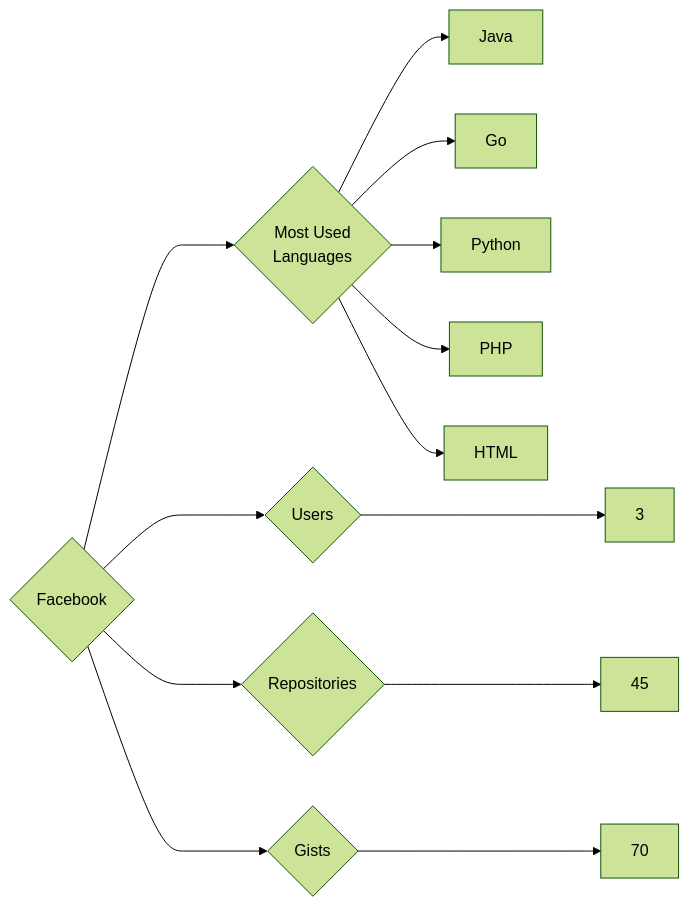
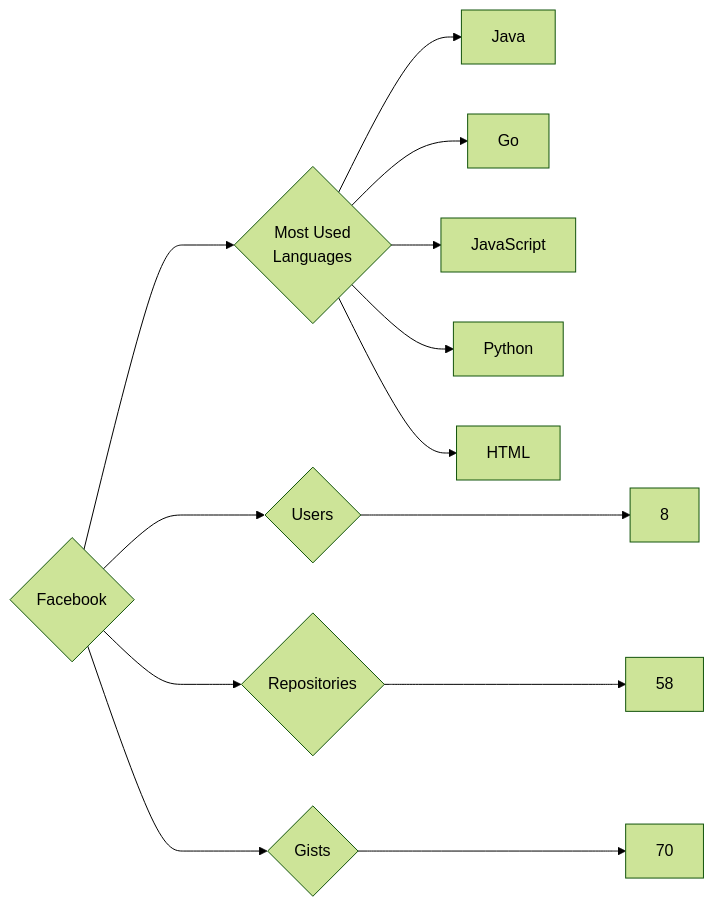
The diagram in targets/Facebook/README.md (trickest/insiders), drawn with Mermaid (forest theme) before and after one commit. The commit also changed 1007 other files, not shown here.

````diff
--- a/targets/Facebook/README.md
+++ b/targets/Facebook/README.md
@@ -3,13 +3,13 @@
 ```mermaid
 graph LR
 COMPANY_NAME{Facebook}
-COMPANY_NAME ---> U{Users} ---> UN[3]
-COMPANY_NAME ---> R{Repositories} ---> RN[45]
+COMPANY_NAME ---> U{Users} ---> UN[8]
+COMPANY_NAME ---> R{Repositories} ---> RN[58]
 COMPANY_NAME ---> G{Gists} ---> GN[70]
 COMPANY_NAME ---> ML{Most Used<br>Languages}
 ML --> Java[Java]
 ML --> Go[Go]
+ML --> JavaScript[JavaScript]
 ML --> Python[Python]
-ML --> PHP[PHP]
 ML --> HTML[HTML]
 ```
````
